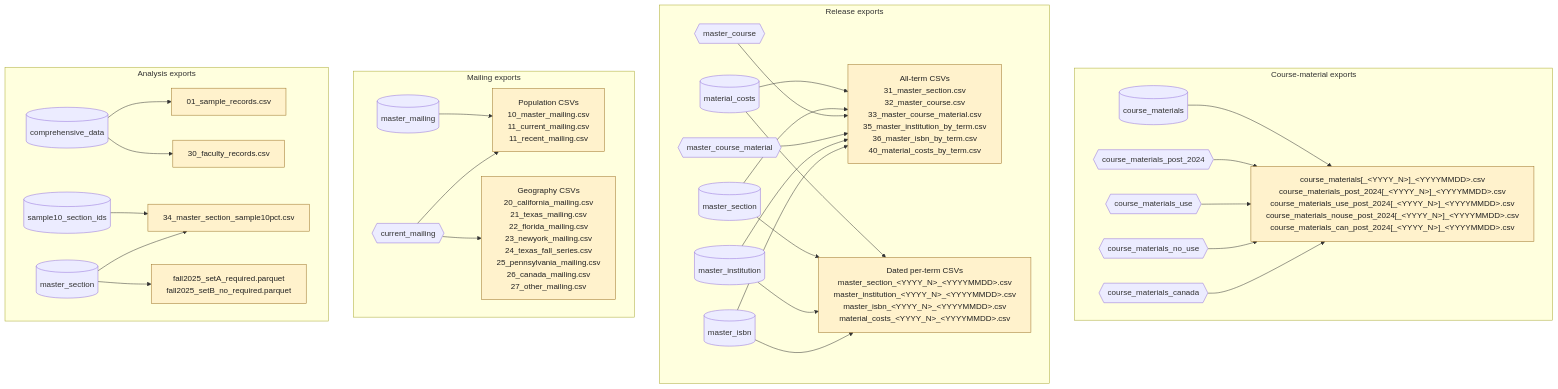
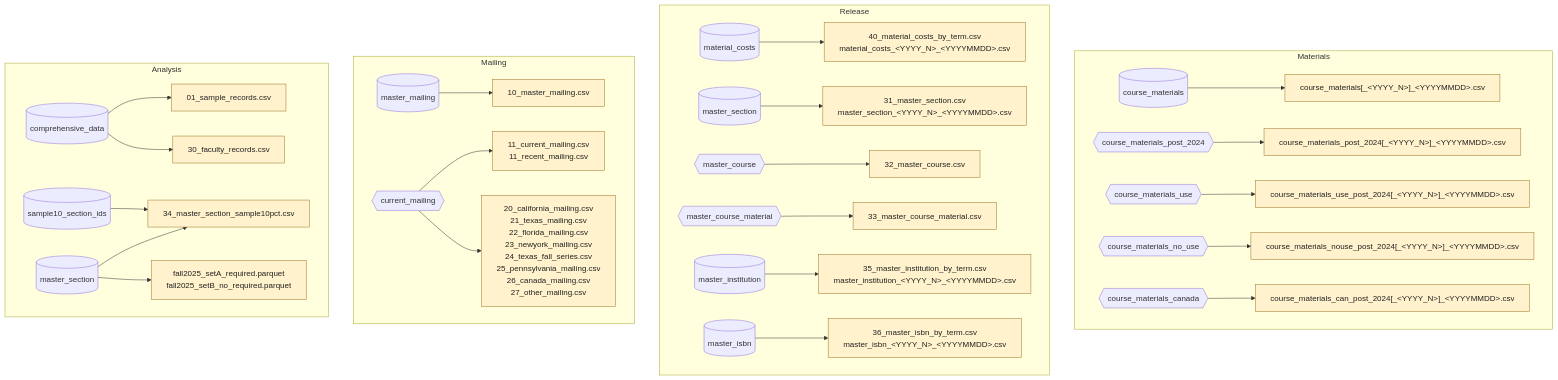
The second of 2 diagrams in CMM-DATA-FLOW.md (christopherseaman/commodoreSQL), drawn with Mermaid before and after one commit. The commit also changed other lines of this file and 129 other files, not shown here.

````diff
--- a/CMM-DATA-FLOW.md
+++ b/CMM-DATA-FLOW.md
@@ -158,69 +156,74 @@
 ```mermaid
 flowchart TB
-    subgraph course_exports["Course-material exports"]
+    subgraph course_exports["Materials"]
         direction LR
         course_materials[("course_materials")]
         materials_post{{"course_materials_post_2024"}}
         materials_use{{"course_materials_use"}}
         materials_nouse{{"course_materials_no_use"}}
         materials_canada{{"course_materials_canada"}}
-        course_files["course_materials[_&lt;YYYY_N&gt;]_&lt;YYYYMMDD&gt;.csv<br/>course_materials_post_2024[_&lt;YYYY_N&gt;]_&lt;YYYYMMDD&gt;.csv<br/>course_materials_use_post_2024[_&lt;YYYY_N&gt;]_&lt;YYYYMMDD&gt;.csv<br/>course_materials_nouse_post_2024[_&lt;YYYY_N&gt;]_&lt;YYYYMMDD&gt;.csv<br/>course_materials_can_post_2024[_&lt;YYYY_N&gt;]_&lt;YYYYMMDD&gt;.csv"]
-        course_materials --> course_files
-        materials_post --> course_files
-        materials_use --> course_files
-        materials_nouse --> course_files
-        materials_canada --> course_files
+        course_file["course_materials[_&lt;YYYY_N&gt;]_&lt;YYYYMMDD&gt;.csv"]
+        post_file["course_materials_post_2024[_&lt;YYYY_N&gt;]_&lt;YYYYMMDD&gt;.csv"]
+        use_file["course_materials_use_post_2024[_&lt;YYYY_N&gt;]_&lt;YYYYMMDD&gt;.csv"]
+        nouse_file["course_materials_nouse_post_2024[_&lt;YYYY_N&gt;]_&lt;YYYYMMDD&gt;.csv"]
+        canada_file["course_materials_can_post_2024[_&lt;YYYY_N&gt;]_&lt;YYYYMMDD&gt;.csv"]
+        course_materials --> course_file
+        materials_post --> post_file
+        materials_use --> use_file
+        materials_nouse --> nouse_file
+        materials_canada --> canada_file
     end
 
-    subgraph release_exports["Release exports"]
+    subgraph release_exports["Release"]
         direction LR
         material_costs[("material_costs")]
         master_section[("master_section")]
         master_course{{"master_course"}}
         master_course_material{{"master_course_material"}}
         master_institution[("master_institution")]
         master_isbn[("master_isbn")]
-        release_files["All-term CSVs<br/>31_master_section.csv<br/>32_master_course.csv<br/>33_master_course_material.csv<br/>35_master_institution_by_term.csv<br/>36_master_isbn_by_term.csv<br/>40_material_costs_by_term.csv"]
-        term_files["Dated per-term CSVs<br/>master_section_&lt;YYYY_N&gt;_&lt;YYYYMMDD&gt;.csv<br/>master_institution_&lt;YYYY_N&gt;_&lt;YYYYMMDD&gt;.csv<br/>master_isbn_&lt;YYYY_N&gt;_&lt;YYYYMMDD&gt;.csv<br/>material_costs_&lt;YYYY_N&gt;_&lt;YYYYMMDD&gt;.csv"]
-        material_costs --> release_files
-        master_section --> release_files
-        master_course --> release_files
-        master_course_material --> release_files
-        master_institution --> release_files
-        master_isbn --> release_files
-        material_costs --> term_files
-        master_section --> term_files
-        master_institution --> term_files
-        master_isbn --> term_files
+        cost_files["40_material_costs_by_term.csv<br/>material_costs_&lt;YYYY_N&gt;_&lt;YYYYMMDD&gt;.csv"]
+        section_files["31_master_section.csv<br/>master_section_&lt;YYYY_N&gt;_&lt;YYYYMMDD&gt;.csv"]
+        course_files["32_master_course.csv"]
+        distribution_files["33_master_course_material.csv"]
+        institution_files["35_master_institution_by_term.csv<br/>master_institution_&lt;YYYY_N&gt;_&lt;YYYYMMDD&gt;.csv"]
+        isbn_files["36_master_isbn_by_term.csv<br/>master_isbn_&lt;YYYY_N&gt;_&lt;YYYYMMDD&gt;.csv"]
+        material_costs --> cost_files
+        master_section --> section_files
+        master_course --> course_files
+        master_course_material --> distribution_files
+        master_institution --> institution_files
+        master_isbn --> isbn_files
     end
 
-    subgraph mailing_exports["Mailing exports"]
+    subgraph mailing_exports["Mailing"]
         direction LR
         master_mailing[("master_mailing")]
         current_mailing{{"current_mailing"}}
-        mailing_files["Population CSVs<br/>10_master_mailing.csv<br/>11_current_mailing.csv<br/>11_recent_mailing.csv"]
-        geography_files["Geography CSVs<br/>20_california_mailing.csv<br/>21_texas_mailing.csv<br/>22_florida_mailing.csv<br/>23_newyork_mailing.csv<br/>24_texas_fall_series.csv<br/>25_pennsylvania_mailing.csv<br/>26_canada_mailing.csv<br/>27_other_mailing.csv"]
-        master_mailing --> mailing_files
+        master_file["10_master_mailing.csv"]
+        mailing_files["11_current_mailing.csv<br/>11_recent_mailing.csv"]
+        geography_files["20_california_mailing.csv<br/>21_texas_mailing.csv<br/>22_florida_mailing.csv<br/>23_newyork_mailing.csv<br/>24_texas_fall_series.csv<br/>25_pennsylvania_mailing.csv<br/>26_canada_mailing.csv<br/>27_other_mailing.csv"]
+        master_mailing --> master_file
         current_mailing --> mailing_files
         current_mailing --> geography_files
     end
 
-    subgraph analysis_exports["Analysis exports"]
+    subgraph analysis_exports["Analysis"]
         direction LR
         comprehensive[("comprehensive_data")]
         master_section_analysis[("master_section")]
         sample10[("sample10_section_ids")]
         random_file["01_sample_records.csv"]
         faculty_file["30_faculty_records.csv"]
         sample_file["34_master_section_sample10pct.csv"]
         subset_files["fall2025_setA_required.parquet<br/>fall2025_setB_no_required.parquet"]
         comprehensive --> random_file
         comprehensive --> faculty_file
         master_section_analysis --> sample_file
         sample10 --> sample_file
         master_section_analysis --> subset_files
     end
 
     classDef file fill:#fff2cc,stroke:#9c7227,color:#222;
-    class course_files,release_files,term_files,mailing_files,geography_files,random_file,faculty_file,sample_file,subset_files file;
+    class course_file,post_file,use_file,nouse_file,canada_file,cost_files,section_files,course_files,distribution_files,institution_files,isbn_files,master_file,mailing_files,geography_files,random_file,faculty_file,sample_file,subset_files file;
 ```
````
